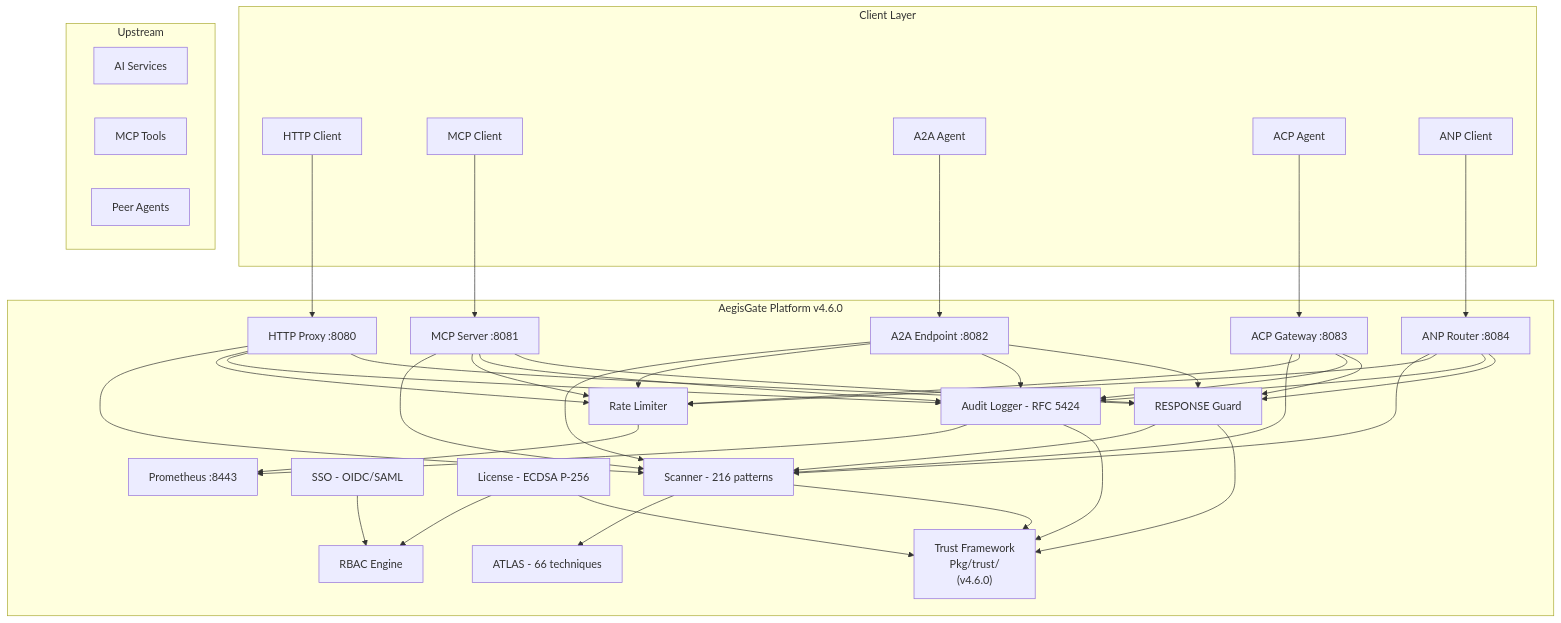
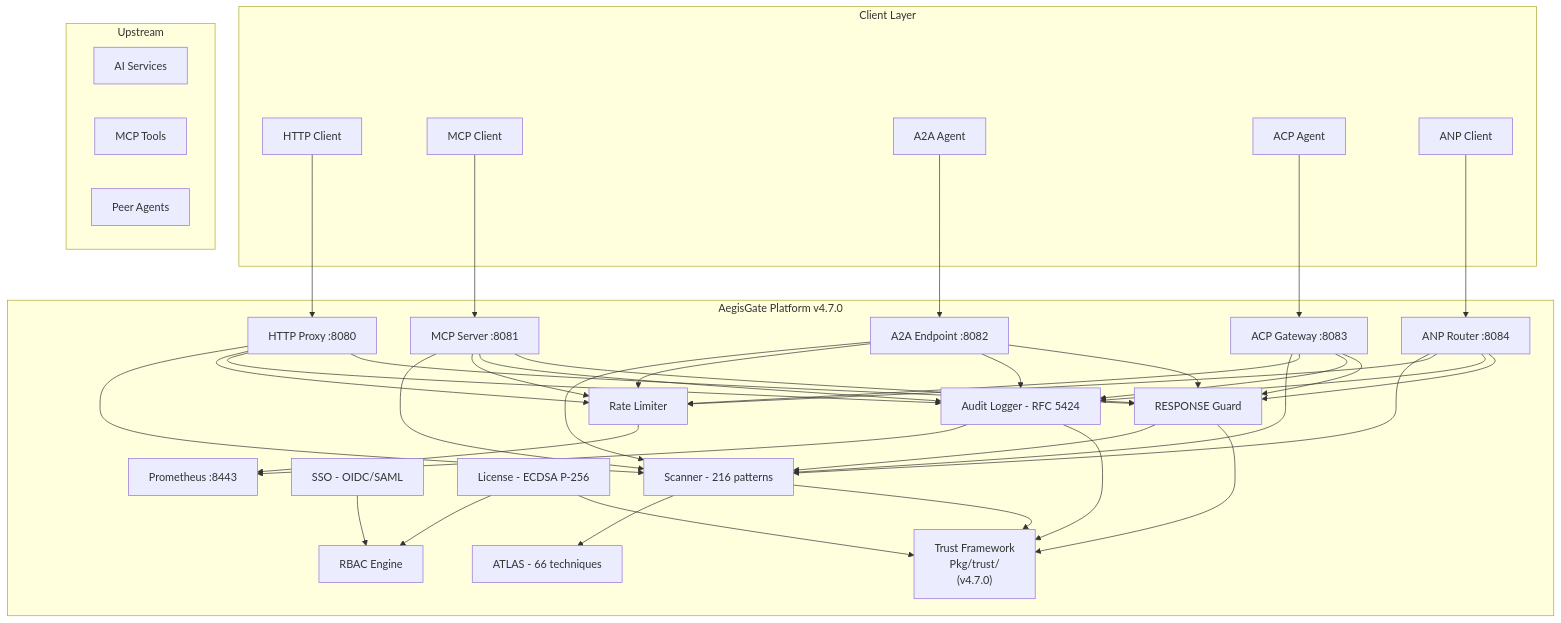
One commit to aegisgatesecurity/aegisgate-site changed the diagram in content/tech.md. Above: the diagram before and after it, drawn with Mermaid. The commit also changed other lines of this file and 30 other files, not shown here.

```diff
--- a/content/tech.md
+++ b/content/tech.md
@@ -12,61 +12,61 @@
 {{< mermaid >}}
 flowchart TB
     subgraph Client["Client Layer"]
         A["HTTP Client"]
         B["MCP Client"]
         C["A2A Agent"]
         D["ACP Agent"]
         E["ANP Client"]
     end
 
-    subgraph AegisGate["AegisGate Platform v4.6.0"]
+    subgraph AegisGate["AegisGate Platform v4.7.0"]
         G["HTTP Proxy :8080"]
         H["MCP Server :8081"]
         I["A2A Endpoint :8082"]
         J["ACP Gateway :8083"]
         K["ANP Router :8084"]
         L["RESPONSE Guard"]
-        TR["Trust Framework\nPkg/trust/\n(v4.6.0)"]
+        TR["Trust Framework\nPkg/trust/\n(v4.7.0)"]
 
         M["Scanner - 216 patterns"]
         N["ATLAS - 66 techniques"]
         O["Rate Limiter"]
         P["Audit Logger - RFC 5424"]
 
         Q["SSO - OIDC/SAML"]
         R["RBAC Engine"]
         S["License - ECDSA P-256"]
 
         T["Prometheus :8443"]
     end
 
     subgraph Upstream["Upstream"]
         U["AI Services"]
         V["MCP Tools"]
         W["Peer Agents"]
     end
 
     A --> G
     B --> H
     C --> I
     D --> J
     E --> K
 
     G --> M & O & P & L
     H --> M & O & P & L
     I --> M & O & P & L
     J --> M & O & P & L
     K --> M & O & P & L
 
     M --> N
     L --> M
     O --> T
     P --> T
     Q --> R
     S --> R
 
     M --> TR
     L --> TR
     P --> TR
     S --> TR
 {{< /mermaid >}}
```
